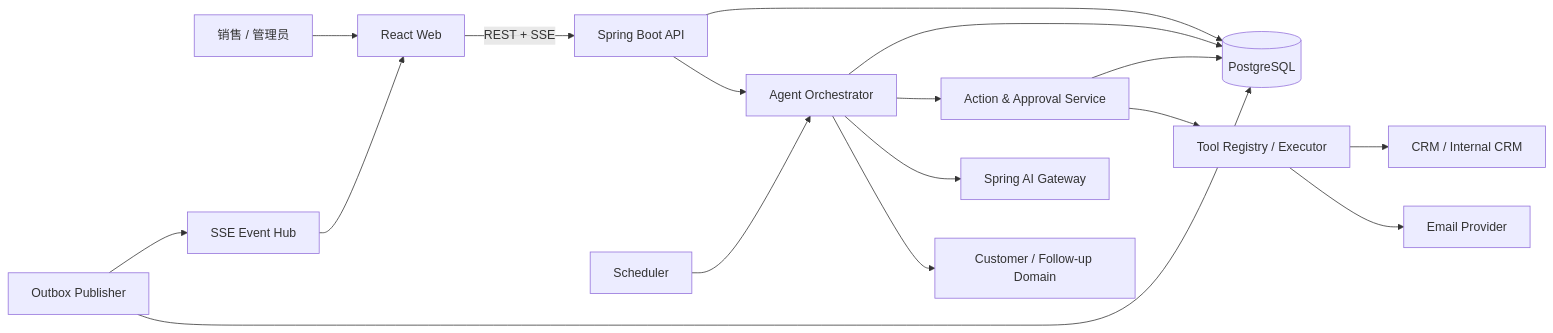
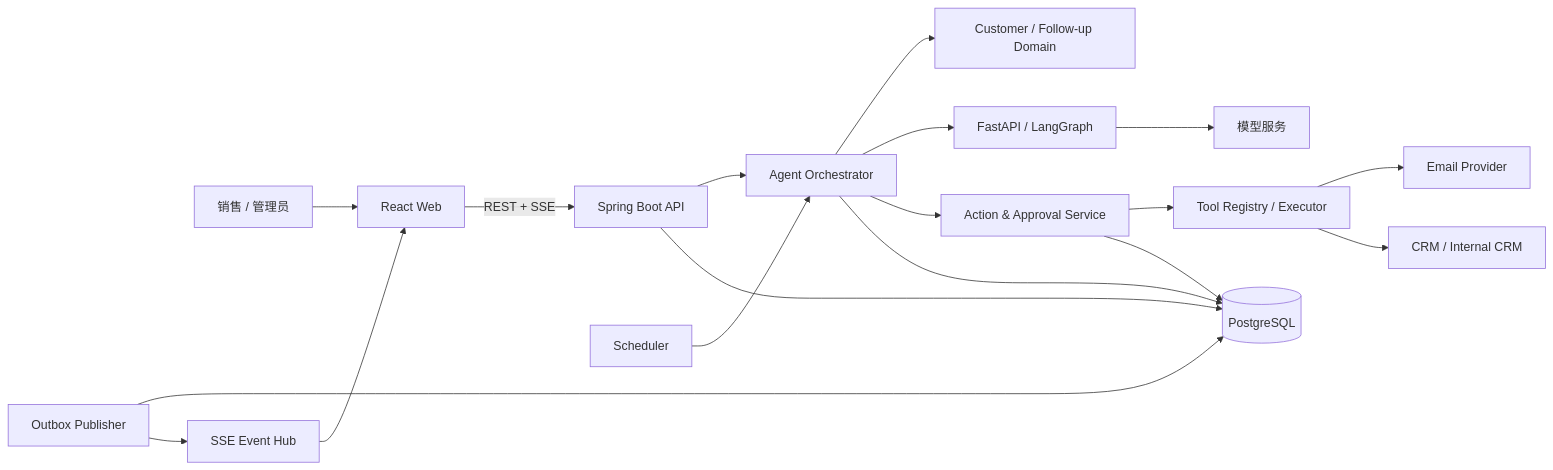
The first of 4 diagrams in docs/technical-design.md (hb1234567898/AI-Sales-Agent-SaaS), drawn with Mermaid before and after one commit. The commit also changed other lines of this file and 59 other files, not shown here.

Commit message:
feat: move AI orchestration to FastAPI

````diff
--- a/docs/technical-design.md
+++ b/docs/technical-design.md
@@ -64,19 +65,20 @@
 ```mermaid
 flowchart LR
     User["销售 / 管理员"] --> Web["React Web"]
     Web -->|"REST + SSE"| API["Spring Boot API"]
     Scheduler["Scheduler"] --> Engine["Agent Orchestrator"]
     API --> Engine
     Engine --> Domain["Customer / Follow-up Domain"]
-    Engine --> AI["Spring AI Gateway"]
+    Engine --> AI["FastAPI / LangGraph"]
+    AI --> Model["模型服务"]
     Engine --> Action["Action & Approval Service"]
     Action --> Tools["Tool Registry / Executor"]
     Tools --> Email["Email Provider"]
     Tools --> CRM["CRM / Internal CRM"]
     API --> DB[("PostgreSQL")]
     Engine --> DB
     Action --> DB
     Outbox["Outbox Publisher"] --> DB
     Outbox --> Stream["SSE Event Hub"]
     Stream --> Web
 ```
````
